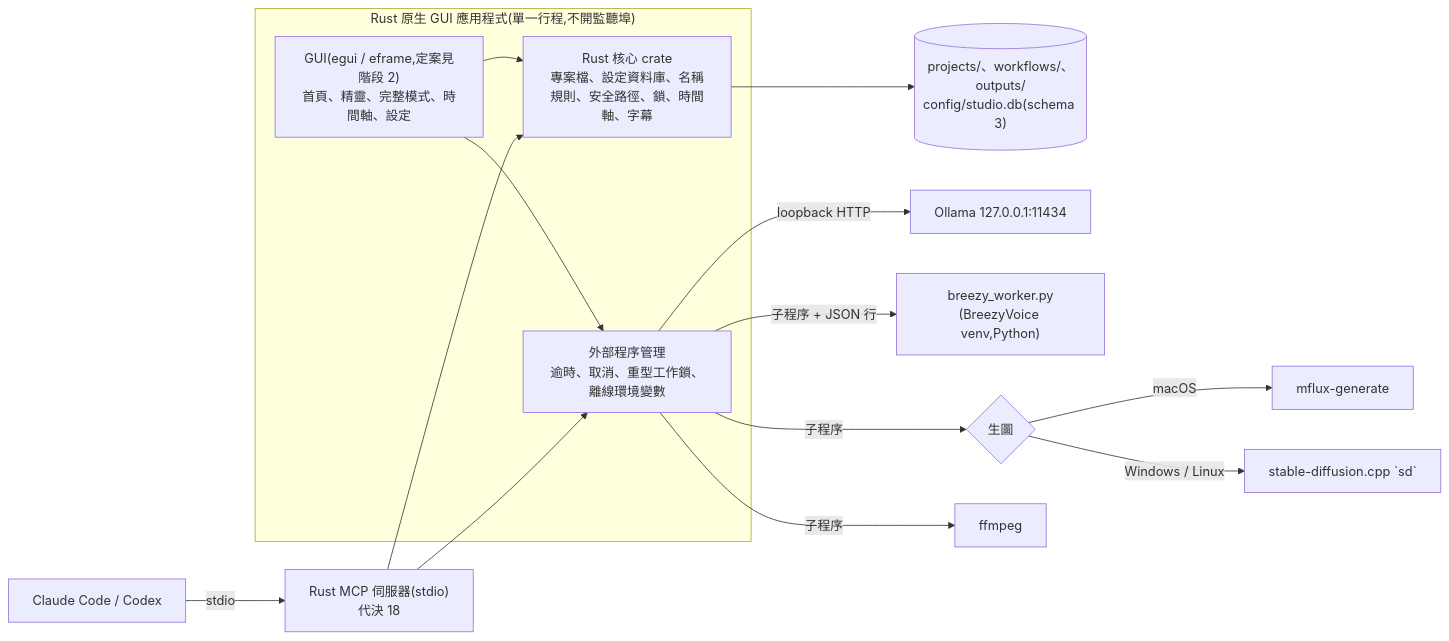
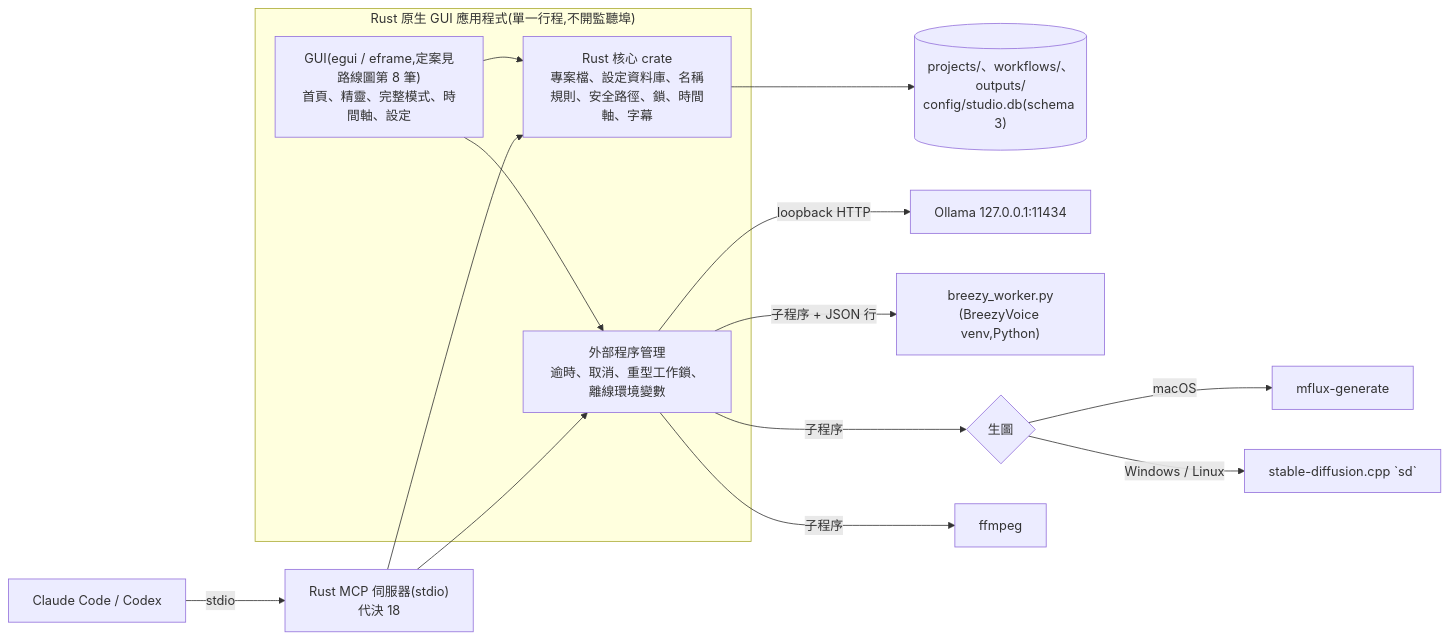
Before and after one commit to kamira/podcast-studio: the first of 2 diagrams in docs/changes/CHG-20261122-02.md, drawn with Mermaid. The commit also changed other lines of this file and 1 other file, not shown here.

````diff
--- a/docs/changes/CHG-20261122-02.md
+++ b/docs/changes/CHG-20261122-02.md
@@ -183,20 +262,20 @@
 ```mermaid
 flowchart LR
   subgraph App["Rust 原生 GUI 應用程式(單一行程,不開監聽埠)"]
-    UI["GUI(egui / eframe,定案見階段 2)<br/>首頁、精靈、完整模式、時間軸、設定"]
+    UI["GUI(egui / eframe,定案見路線圖第 8 筆)<br/>首頁、精靈、完整模式、時間軸、設定"]
     Core["Rust 核心 crate<br/>專案檔、設定資料庫、名稱規則、安全路徑、鎖、時間軸、字幕"]
     Proc["外部程序管理<br/>逾時、取消、重型工作鎖、離線環境變數"]
     UI --> Core
     UI --> Proc
   end
   MCP["Rust MCP 伺服器(stdio)<br/>代決 18"] --> Core
   MCP --> Proc
   Core --> Data[("projects/、workflows/、outputs/<br/>config/studio.db(schema 3)")]
   Proc -->|"loopback HTTP"| Ollama["Ollama 127.0.0.1:11434"]
   Proc -->|"子程序 + JSON 行"| Breezy["breezy_worker.py<br/>(BreezyVoice venv,Python)"]
   Proc -->|"子程序"| Img{"生圖"}
   Img -->|"macOS"| Mflux["mflux-generate"]
   Img -->|"Windows / Linux"| Sdcpp["stable-diffusion.cpp `sd`"]
   Proc -->|"子程序"| Ffmpeg["ffmpeg"]
   Client["Claude Code / Codex"] -->|"stdio"| MCP
 ```
````
